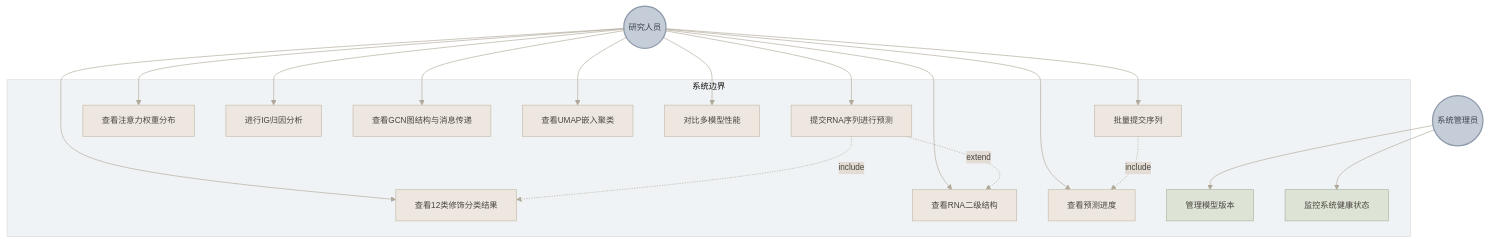
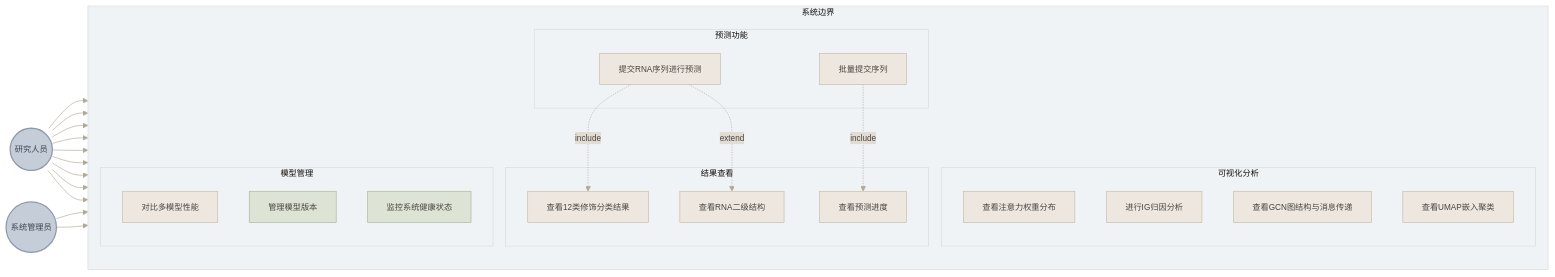
Before and after one commit to fdiskdc/RGCNFormer_WebAndWx_backend: the first of 19 diagrams in md/RMA序列修饰检测可视化系统架构说明文档.md, drawn with Mermaid. The commit also changed other lines of this file, not shown here.

````diff
--- a/md/RMA序列修饰检测可视化系统架构说明文档.md
+++ b/md/RMA序列修饰检测可视化系统架构说明文档.md
@@ -166,43 +168,51 @@
 ```mermaid
 %%{init: {'theme': 'base', 'themeVariables': {'primaryColor': '#EDE7E0', 'primaryTextColor': '#4A4440', 'primaryBorderColor': '#C4BAA8', 'lineColor': '#B0A898', 'secondaryColor': '#E2DCD4', 'background': '#F8F5F0', 'fontSize': '13px'}}}%%
-graph TB
+graph LR
     classDef actor fill:#C5CDD8,stroke:#8E9AAA,stroke-width:2px,color:#3D4550
     classDef usecase fill:#EDE7E0,stroke:#C4BAA8,stroke-width:1px,color:#4A4440
     classDef adminUC fill:#DDE4D6,stroke:#A8B49A,stroke-width:1px,color:#4A4440
 
-    subgraph 系统边界
-        UC1[提交RNA序列进行预测]:::usecase
-        UC2[查看12类修饰分类结果]:::usecase
-        UC3[查看注意力权重分布]:::usecase
-        UC4[进行IG归因分析]:::usecase
-        UC5[查看GCN图结构与消息传递]:::usecase
-        UC6[查看UMAP嵌入聚类]:::usecase
-        UC7[对比多模型性能]:::usecase
-        UC8[查看RNA二级结构]:::usecase
-        UC9[批量提交序列]:::usecase
-        UC10[查看预测进度]:::usecase
-        UC11[管理模型版本]:::adminUC
-        UC12[监控系统健康状态]:::adminUC
-    end
-
     Researcher((研究人员)):::actor
     Admin((系统管理员)):::actor
 
+    subgraph 系统边界
+        direction TB
+        subgraph 预测功能
+            UC1[提交RNA序列进行预测]:::usecase
+            UC9[批量提交序列]:::usecase
+        end
+        subgraph 结果查看
+            UC2[查看12类修饰分类结果]:::usecase
+            UC10[查看预测进度]:::usecase
+            UC8[查看RNA二级结构]:::usecase
+        end
+        subgraph 可视化分析
+            UC3[查看注意力权重分布]:::usecase
+            UC4[进行IG归因分析]:::usecase
+            UC5[查看GCN图结构与消息传递]:::usecase
+            UC6[查看UMAP嵌入聚类]:::usecase
+        end
+        subgraph 模型管理
+            UC7[对比多模型性能]:::usecase
+            UC11[管理模型版本]:::adminUC
+            UC12[监控系统健康状态]:::adminUC
+        end
+    end
+
     Researcher --> UC1
+    Researcher --> UC9
     Researcher --> UC2
     Researcher --> UC3
     Researcher --> UC4
     Researcher --> UC5
     Researcher --> UC6
     Researcher --> UC7
     Researcher --> UC8
-    Researcher --> UC9
-    Researcher --> UC10
 
     Admin --> UC11
     Admin --> UC12
 
     UC1 -.->|include| UC2
     UC9 -.->|include| UC10
     UC1 -.->|extend| UC8
 ```
````
